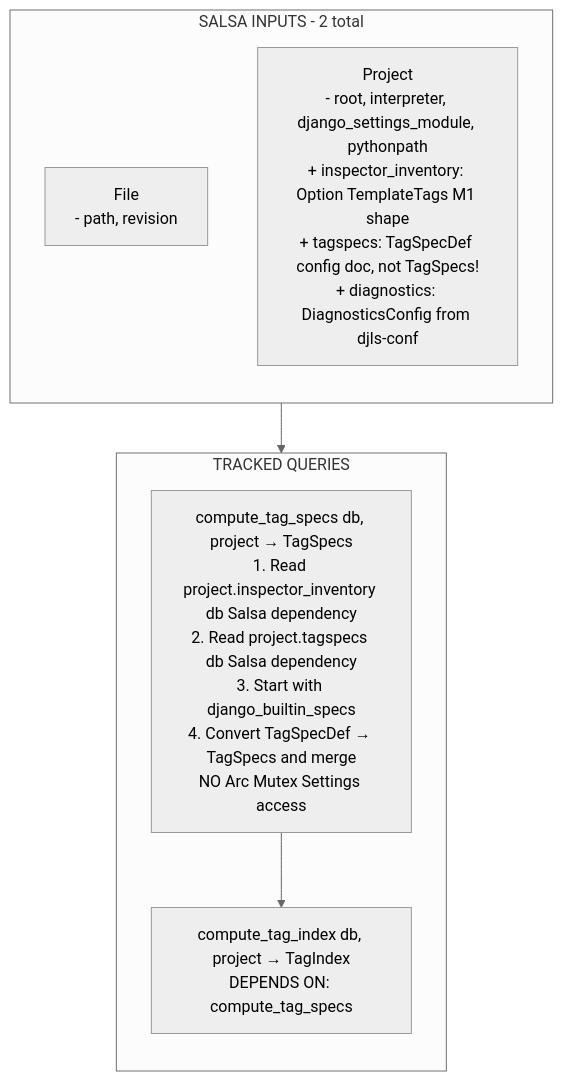
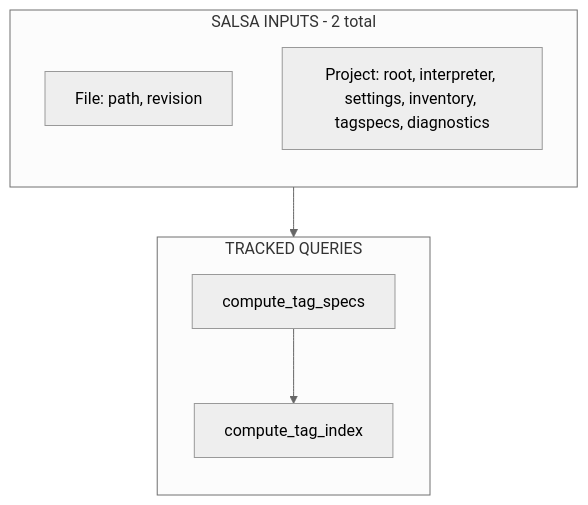
Before and after one commit to joshuadavidthomas/django-language-server: the first of 2 diagrams in .agents/plans/2026-02-05-m2-salsa-invalidation-plumbing.md, drawn with Mermaid (neutral theme). The commit also changed other lines of this file and 12 other files, not shown here.

Commit message:
change ASCII diagrams to Mermaid

````diff
--- a/.agents/plans/2026-02-05-m2-salsa-invalidation-plumbing.md
+++ b/.agents/plans/2026-02-05-m2-salsa-invalidation-plumbing.md
@@ -61,19 +61,18 @@
 ```mermaid
 flowchart TB
     subgraph Inputs["SALSA INPUTS - 2 total"]
         direction TB
-        File["File<br/>- path, revision"]
-        Project["Project<br/>- root, interpreter, django_settings_module, pythonpath<br/>+ inspector_inventory: Option TemplateTags M1 shape<br/>+ tagspecs: TagSpecDef config doc, not TagSpecs!<br/>+ diagnostics: DiagnosticsConfig from djls-conf"]
+        File["File: path, revision"]
+        Project["Project: root, interpreter, settings, inventory, tagspecs, diagnostics"]
     end
 
     Project --> Queries
 
     subgraph Queries["TRACKED QUERIES"]
         direction TB
-        CTS["compute_tag_specs db, project → TagSpecs<br/>1. Read project.inspector_inventory db Salsa dependency<br/>2. Read project.tagspecs db Salsa dependency<br/>3. Start with django_builtin_specs<br/>4. Convert TagSpecDef → TagSpecs and merge<br/>NO Arc Mutex Settings access"]
-
-        CTI["compute_tag_index db, project → TagIndex<br/>DEPENDS ON: compute_tag_specs"]
+        CTS["compute_tag_specs"]
+        CTI["compute_tag_index"]
 
         CTS --> CTI
     end
 ```
````
